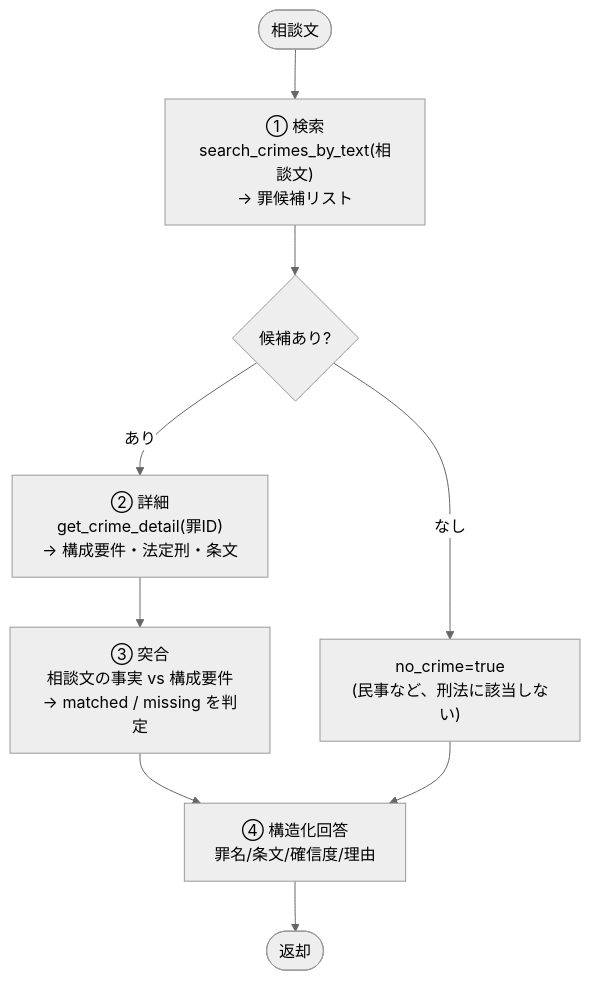
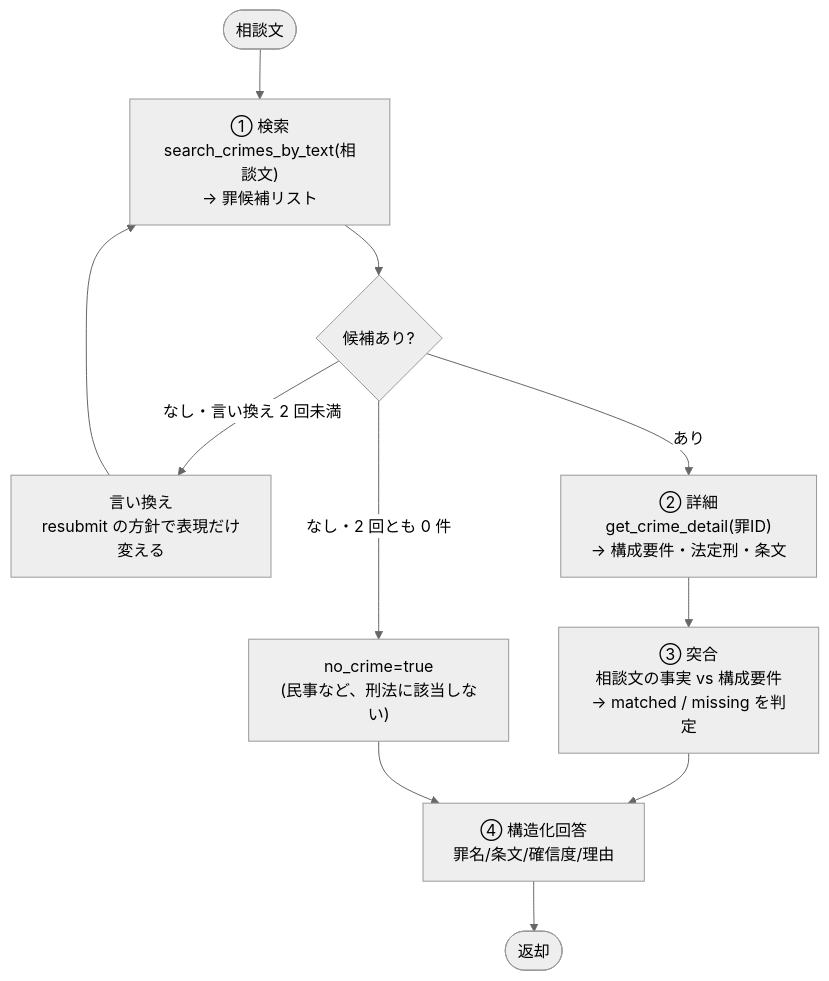
One commit to kazuhitogo/criminal-law-agent changed the sixth of 9 diagrams in AGENT_INTERNALS.md. Above: the diagram before and after it, drawn with Mermaid (neutral theme). The commit also changed other lines of this file and 10 other files, not shown here.

````diff
--- a/AGENT_INTERNALS.md
+++ b/AGENT_INTERNALS.md
@@ -97,16 +111,18 @@
 ```mermaid
 flowchart TD
     START([相談文]) --> T1
 
     T1["① 検索<br/>search_crimes_by_text(相談文)<br/>→ 罪候補リスト"]
     T1 --> DEC{候補あり?}
 
-    DEC -->|なし| NO["no_crime=true<br/>(民事など、刑法に該当しない)"]
+    DEC -->|なし・言い換え 2 回未満| RE["言い換え<br/>resubmit の方針で表現だけ変える"]
+    RE --> T1
+    DEC -->|なし・2 回とも 0 件| NO["no_crime=true<br/>(民事など、刑法に該当しない)"]
     DEC -->|あり| T2["② 詳細<br/>get_crime_detail(罪ID)<br/>→ 構成要件・法定刑・条文"]
 
     T2 --> T3["③ 突合<br/>相談文の事実 vs 構成要件<br/>→ matched / missing を判定"]
 
     T3 --> OUT
     NO --> OUT["④ 構造化回答<br/>罪名/条文/確信度/理由"]
     OUT --> END([返却])
 ```
````
